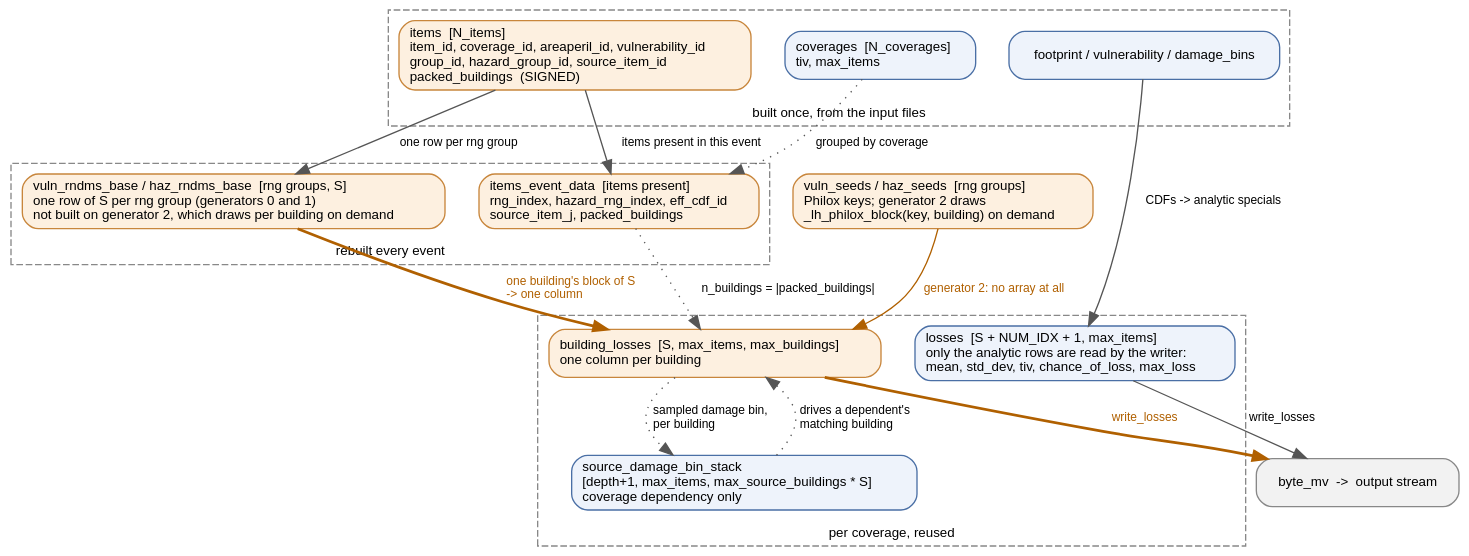
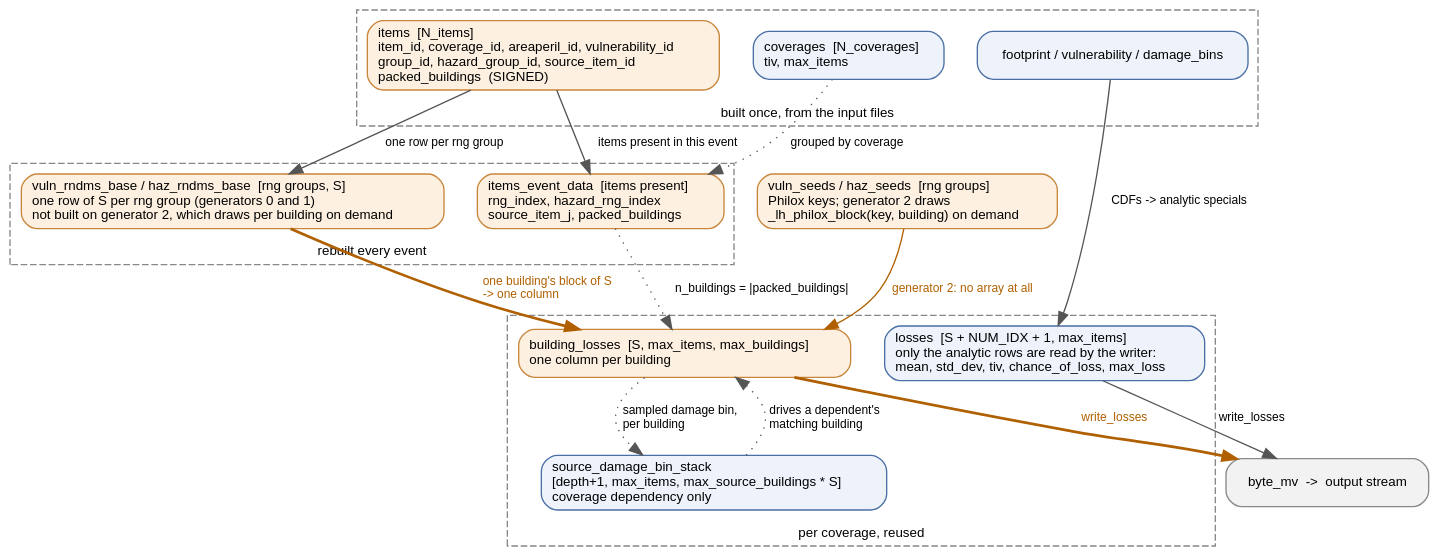
Before and after one commit to OasisLMF/OasisLMF: the diagram in oasislmf/pytools/gulmc/diagrams/gulmc_objects.dot, drawn with Graphviz. The commit also changed 9 other files, not shown here.

```diff
--- a/oasislmf/pytools/gulmc/diagrams/gulmc_objects.dot
+++ b/oasislmf/pytools/gulmc/diagrams/gulmc_objects.dot
@@ -1,53 +1,53 @@
 // The arrays gulmc computes over, and what flows between them.
 // Render: dot -Tsvg gulmc_objects.dot -o gulmc_objects.svg
 digraph gulmc_objects {
     rankdir=TB;
     bgcolor="transparent";
     nodesep=0.35; ranksep=0.5;
     node [shape=box, style="rounded,filled", fontname="Helvetica", fontsize=10,
           fillcolor="#eef3fb", color="#4a6fa5"];
     edge [fontname="Helvetica", fontsize=9, color="#555555"];
 
     subgraph cluster_static {
         label="built once, from the input files"; labelloc=b;
         fontname="Helvetica"; fontsize=10; color="#888888"; style=dashed;
         items [label="items  [N_items]\litem_id, coverage_id, areaperil_id, vulnerability_id\lgroup_id, hazard_group_id, source_item_id\lpacked_buildings  (SIGNED)\l",
                fillcolor="#fdf0e0", color="#c8863c"];
         coverages [label="coverages  [N_coverages]\ltiv, max_items\l"];
         model [label="footprint / vulnerability / damage_bins"];
     }
 
     subgraph cluster_event {
         label="rebuilt every event"; labelloc=b;
         fontname="Helvetica"; fontsize=10; color="#888888"; style=dashed;
-        ied [label="items_event_data  [items present]\lrng_index, hazard_rng_index, eff_cdf_id\lsource_item_j, packed_buildings\l",
+        ied [label="items_event_data  [items present]\lrng_index, hazard_rng_index\lsource_item_j, packed_buildings\l",
              fillcolor="#fdf0e0", color="#c8863c"];
         rnd [label="vuln_rndms_base / haz_rndms_base  [rng groups, S]\lone row of S per rng group (generators 0 and 1)\lnot built on generator 2, which draws per building on demand\l",
              fillcolor="#fdf0e0", color="#c8863c"];
     }
 
     subgraph cluster_cov {
         label="per coverage, reused"; labelloc=b;
         fontname="Helvetica"; fontsize=10; color="#888888"; style=dashed;
         losses [label="losses  [S + NUM_IDX + 1, max_items]\lonly the analytic rows are read by the writer:\lmean, std_dev, tiv, chance_of_loss, max_loss\l"];
         bl [label="building_losses  [S, max_items, max_buildings]\lone column per building\l",
             fillcolor="#fdf0e0", color="#c8863c"];
         stack [label="source_damage_bin_stack\l[depth+1, max_items, max_source_buildings * S]\lcoverage dependency only\l"];
     }
 
     out [label="byte_mv  ->  output stream", fillcolor="#f2f2f2", color="#888888"];
 
     items -> ied [label="  items present in this event"];
     coverages -> ied [style=dotted, label="  grouped by coverage"];
     items -> rnd [label="  one row per rng group"];
     model -> losses [label="  CDFs -> analytic specials"];
     rnd -> bl [label="  one building's block of S\l  -> one column\l", color="#b06000", fontcolor="#b06000", style=bold];
     seeds_lazy [label="vuln_seeds / haz_seeds  [rng groups]\lPhilox keys; generator 2 draws\l_lh_philox_block(key, building) on demand\l",
                 fillcolor="#fdf0e0", color="#c8863c"];
     seeds_lazy -> bl [label="  generator 2: no array at all\l", color="#b06000", fontcolor="#b06000"];
     ied -> bl [style=dotted, label="  n_buildings = |packed_buildings|"];
     bl -> stack [style=dotted, label="  sampled damage bin,\l  per building\l"];
     stack -> bl [style=dotted, label="  drives a dependent's\l  matching building\l"];
     losses -> out [label="  write_losses"];
     bl -> out [label="  write_losses", color="#b06000", fontcolor="#b06000", style=bold];
 }
```
